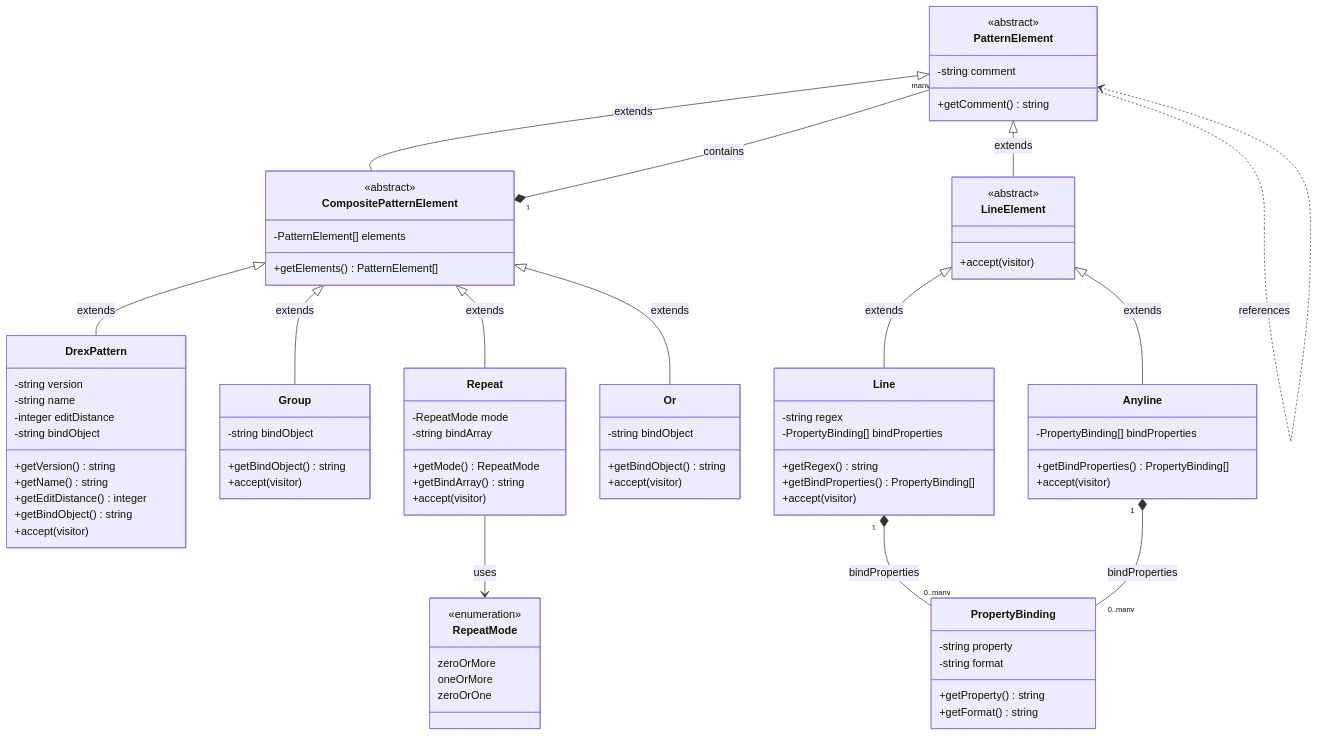
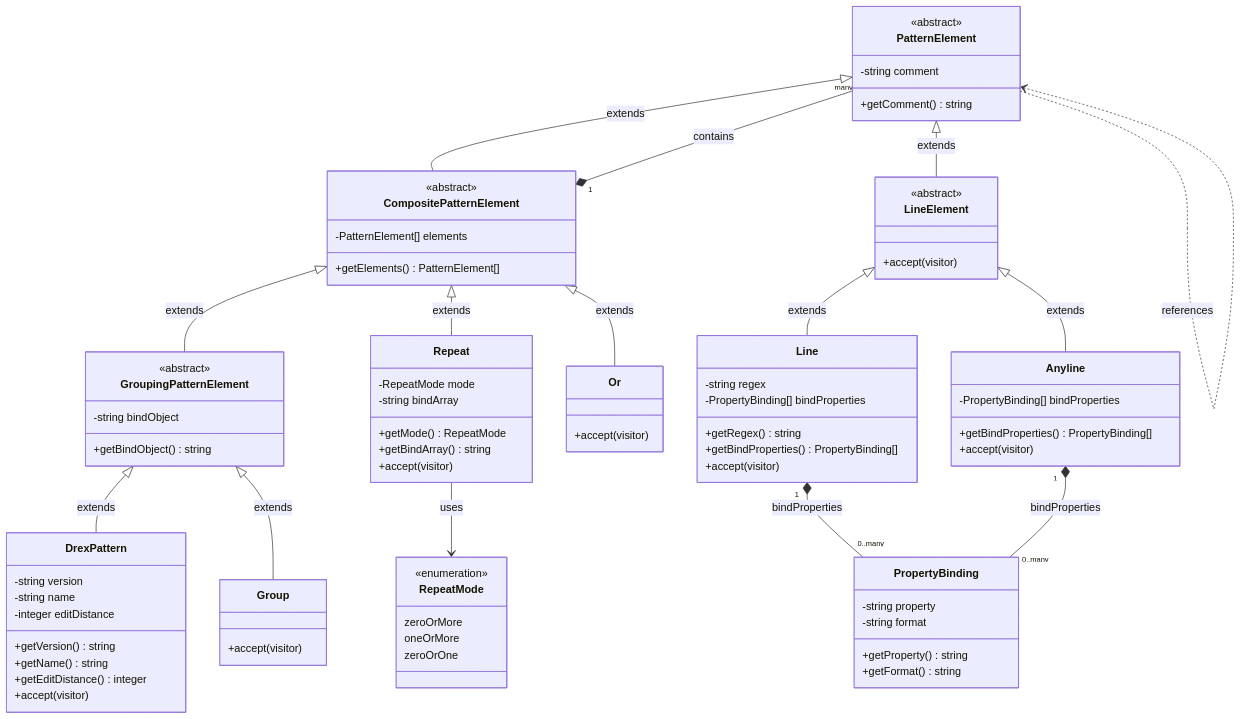
Before and after one commit to evillrich/drex-java: the diagram in docs/drex_pattern_classes.mermaid, drawn with Mermaid. The commit also changed 5 other files, not shown here.

```diff
--- a/docs/drex_pattern_classes.mermaid
+++ b/docs/drex_pattern_classes.mermaid
@@ -1,98 +1,100 @@
 classDiagram
     class PatternElement {
         <<abstract>>
         -string comment
         +getComment() string
     }
 
     class CompositePatternElement {
         <<abstract>>
         -PatternElement[] elements
         +getElements() PatternElement[]
     }
 
+    class GroupingPatternElement {
+        <<abstract>>
+        -string bindObject
+        +getBindObject() string
+    }
+
     class DrexPattern {
         -string version
         -string name
         -integer editDistance
-        -string bindObject
         +getVersion() string
         +getName() string
         +getEditDistance() integer
-        +getBindObject() string
         +accept(visitor)
     }
 
     class Group {
-        -string bindObject
-        +getBindObject() string
         +accept(visitor)
     }
 
     class Repeat {
         -RepeatMode mode
         -string bindArray
         +getMode() RepeatMode
         +getBindArray() string
         +accept(visitor)
     }
 
     class Or {
-        -string bindObject
-        +getBindObject() string
         +accept(visitor)
     }
 
     class LineElement {
         <<abstract>>
         +accept(visitor)
     }
 
     class Line {
         -string regex
         -PropertyBinding[] bindProperties
         +getRegex() string
         +getBindProperties() PropertyBinding[]
         +accept(visitor)
     }
 
     class Anyline {
         -PropertyBinding[] bindProperties
         +getBindProperties() PropertyBinding[]
         +accept(visitor)
     }
 
     class RepeatMode {
         <<enumeration>>
         zeroOrMore
         oneOrMore
         zeroOrOne
     }
 
     class PropertyBinding {
         -string property
         -string format
         +getProperty() string
         +getFormat() string
     }
 
 %% Relationships
     PatternElement <|-- CompositePatternElement : extends
     PatternElement <|-- LineElement : extends
 
-    CompositePatternElement <|-- DrexPattern : extends
-    CompositePatternElement <|-- Group : extends
+    CompositePatternElement <|-- GroupingPatternElement : extends
+    GroupingPatternElement <|-- DrexPattern : extends
+    GroupingPatternElement <|-- Group : extends
+
     CompositePatternElement <|-- Repeat : extends
     CompositePatternElement <|-- Or : extends
 
     LineElement <|-- Line : extends
     LineElement <|-- Anyline : extends
 
     CompositePatternElement "1" *-- "many" PatternElement : contains
 
     Repeat --> RepeatMode : uses
     Line "1" *-- "0..many" PropertyBinding : bindProperties
     Anyline "1" *-- "0..many" PropertyBinding : bindProperties
 
 %% Self-referencing for recursive structure
     PatternElement ..> PatternElement : references
```
